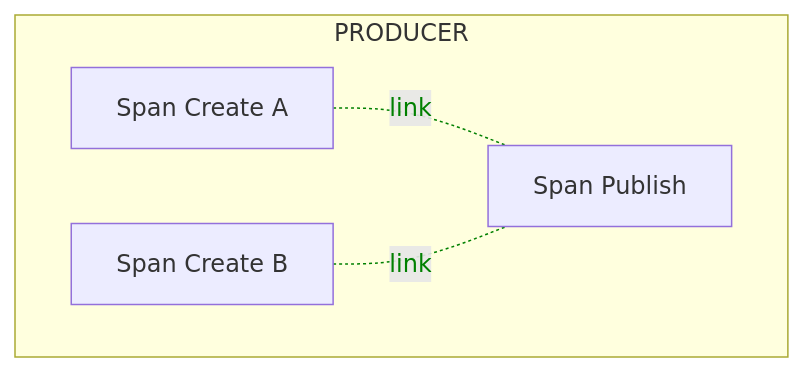
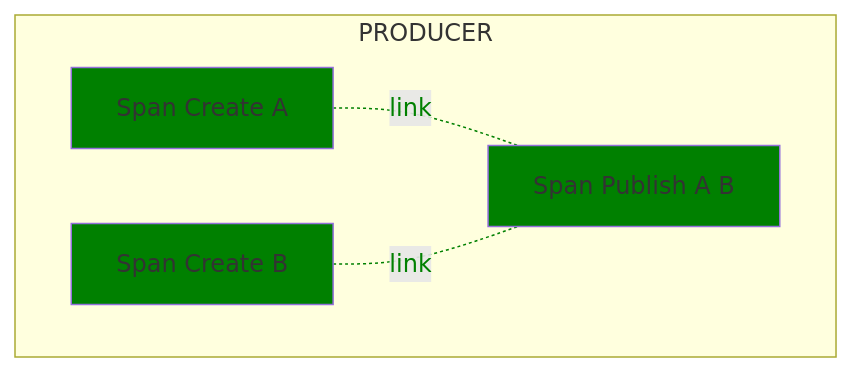
Before and after one commit to open-telemetry/semantic-conventions: the diagram in docs/messaging/gcp-pubsub.md, drawn with Mermaid. The commit also changed other lines of this file and 4 other files, not shown here.

````diff
--- a/docs/messaging/gcp-pubsub.md
+++ b/docs/messaging/gcp-pubsub.md
@@ -29,15 +28,17 @@
 ```mermaid
 flowchart LR;
   subgraph PRODUCER
   direction LR
   CA[Span Create A]
   CB[Span Create B]
-  P[Span Publish]
+  P[Span Publish A B] 
   end
   CA-. link .-P;
   CB-. link .-P;
 
+  classDef producer fill:green
+  class P,CA,CB producer
   classDef normal fill:green
   class PA,PB,D1 normal
   linkStyle 0,1 color:green,stroke:green
 ```
````
